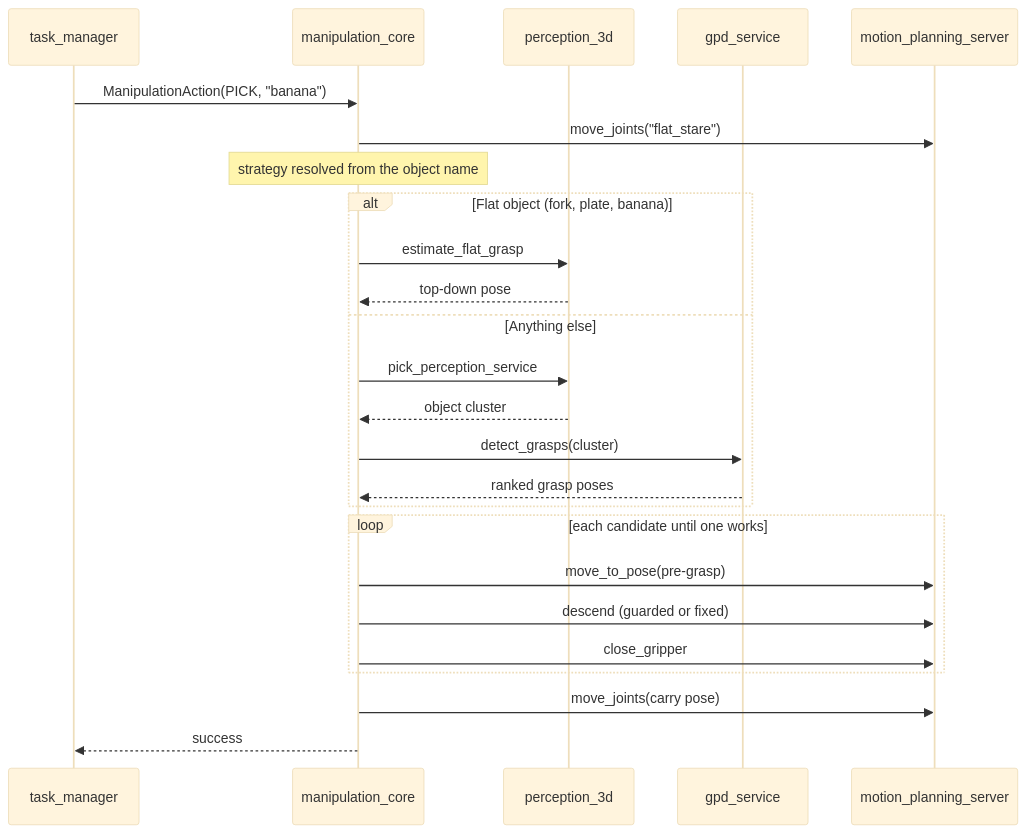
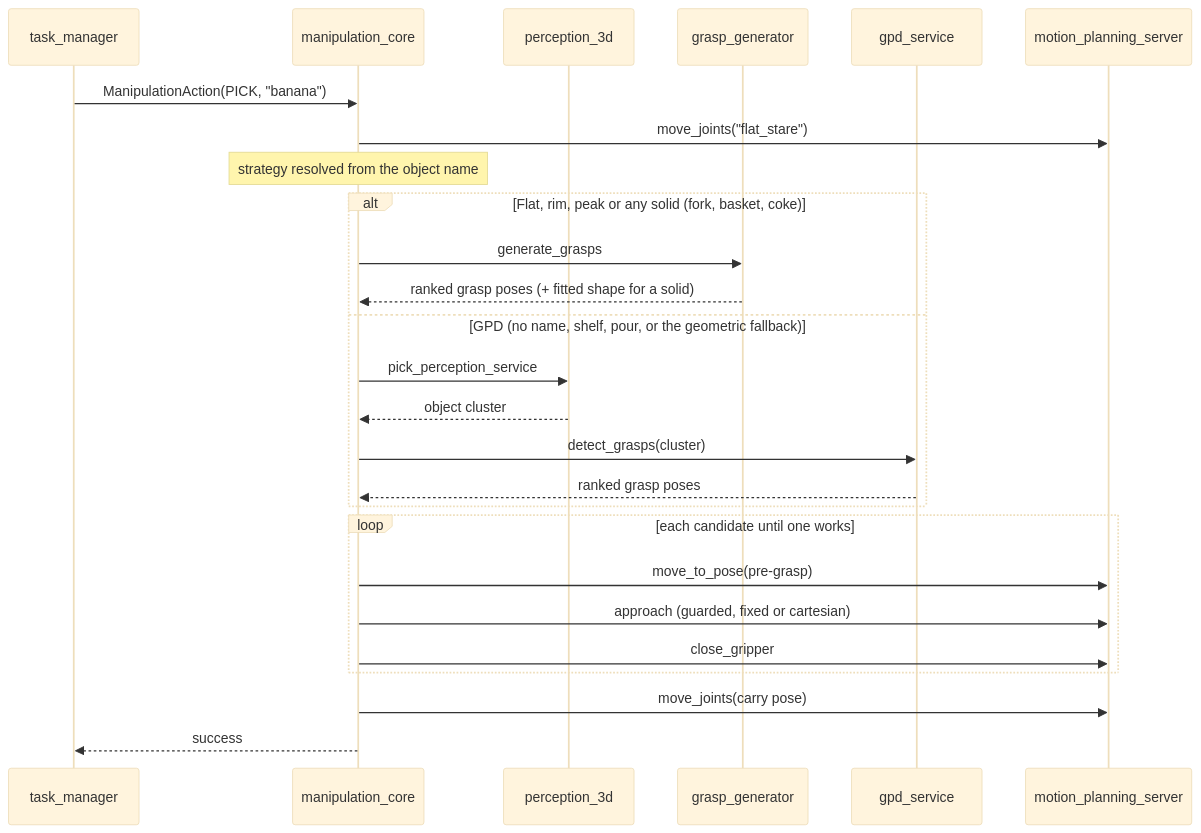
The third of 3 diagrams in manipulation/README.md (RoBorregos/home2), drawn with Mermaid (base theme) before and after one commit. The commit also changed other lines of this file and 19 other files, not shown here.

Commit message:
remove old flat grasp estimator update, constants, comments and object mismatch preview

````diff
--- a/manipulation/README.md
+++ b/manipulation/README.md
@@ -183,31 +183,32 @@
 ```mermaid
 sequenceDiagram
     participant TM as task_manager
     participant C as manipulation_core
     participant P as perception_3d
+    participant N as grasp_generator
     participant G as gpd_service
     participant M as motion_planning_server
 
     TM->>C: ManipulationAction(PICK, "banana")
     C->>M: move_joints("flat_stare")
     Note over C: strategy resolved from the object name
 
-    alt Flat object (fork, plate, banana)
-        C->>P: estimate_flat_grasp
-        P-->>C: top-down pose
-    else Anything else
+    alt Flat, rim, peak or any solid (fork, basket, coke)
+        C->>N: generate_grasps
+        N-->>C: ranked grasp poses (+ fitted shape for a solid)
+    else GPD (no name, shelf, pour, or the geometric fallback)
         C->>P: pick_perception_service
         P-->>C: object cluster
         C->>G: detect_grasps(cluster)
         G-->>C: ranked grasp poses
     end
 
     loop each candidate until one works
         C->>M: move_to_pose(pre-grasp)
-        C->>M: descend (guarded or fixed)
+        C->>M: approach (guarded, fixed or cartesian)
         C->>M: close_gripper
     end
 
     C->>M: move_joints(carry pose)
     C-->>TM: success
 ```
````
